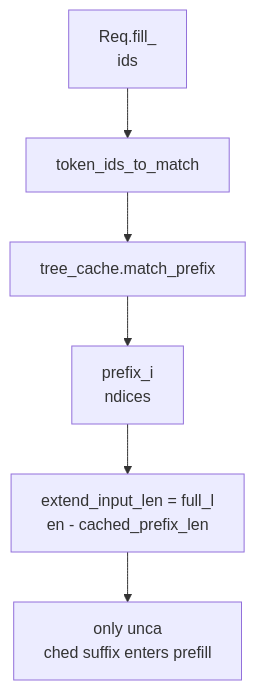
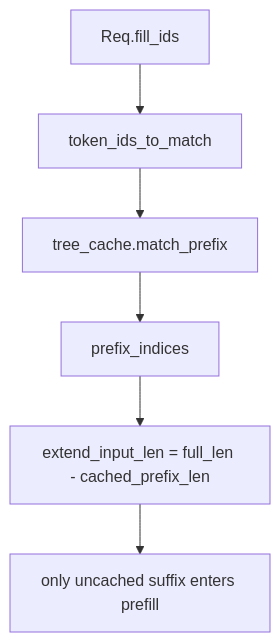
Before and after one commit to cl-vv-h/AI_Infra_Tutor_Page: the sixth of 11 diagrams in src/data/sglang-content/sglang-source-reading/03-kv-cache-radix-cache.md, drawn with Mermaid. The commit also changed other lines of this file and 25 other files, not shown here.

Commit message:
Fix markdown rendering with react-markdown, add SGLang knowledge graph

````diff
--- a/src/data/sglang-content/sglang-source-reading/03-kv-cache-radix-cache.md
+++ b/src/data/sglang-content/sglang-source-reading/03-kv-cache-radix-cache.md
@@ -288,13 +131,8 @@
 ```mermaid
 flowchart TD
-  A["Req.fill_
-ids"] --> B["token_ids_to_match"]
-  B --> C["
-tree_cache.match_prefix"]
-  C --> D["prefix_i
-ndices"]
-  D --> E["extend_input_len = full_l
-en - cached_prefix_len"]
-  E --> F["only unca
-ched suffix enters prefill"]
+  A["Req.fill_ids"] --> B["token_ids_to_match"]
+  B --> C["tree_cache.match_prefix"]
+  C --> D["prefix_indices"]
+  D --> E["extend_input_len = full_len - cached_prefix_len"]
+  E --> F["only uncached suffix enters prefill"]
 ```
````
